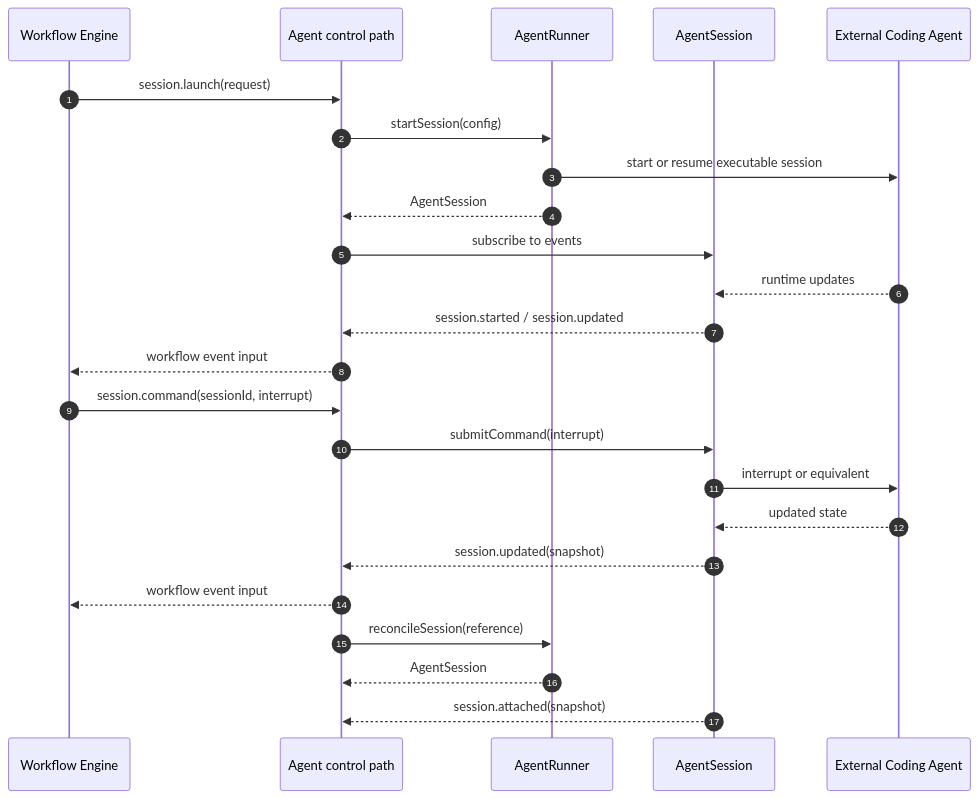
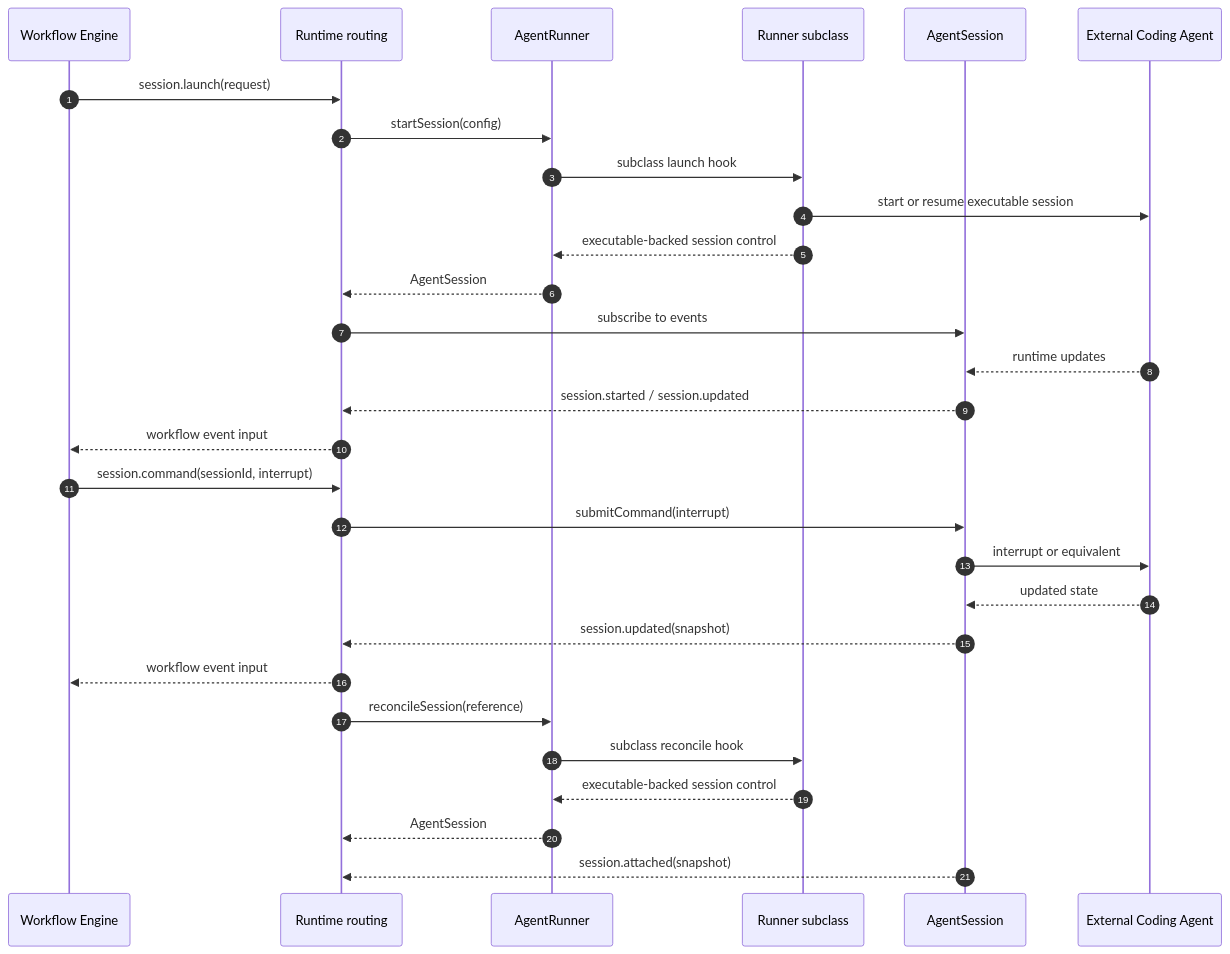
The diagram in docs/architecture/agent-runtime.md (Flying-Pillow/open-mission), drawn with Mermaid before and after one commit. The commit also changed other lines of this file and 110 other files, not shown here.

````diff
--- a/docs/architecture/agent-runtime.md
+++ b/docs/architecture/agent-runtime.md
@@ -180,29 +184,34 @@
 ```mermaid
 sequenceDiagram
 	autonumber
 	participant Engine as Workflow Engine
-	participant Control as Agent control path
+	participant Control as Runtime routing
 	participant Runner as AgentRunner
+	participant Adapter as Runner subclass
 	participant Session as AgentSession
 	participant Agent as External Coding Agent
 
 	Engine->>Control: session.launch(request)
 	Control->>Runner: startSession(config)
-	Runner->>Agent: start or resume executable session
+	Runner->>Adapter: subclass launch hook
+	Adapter->>Agent: start or resume executable session
+	Adapter-->>Runner: executable-backed session control
 	Runner-->>Control: AgentSession
 	Control->>Session: subscribe to events
 	Agent-->>Session: runtime updates
 	Session-->>Control: session.started / session.updated
 	Control-->>Engine: workflow event input
 
 	Engine->>Control: session.command(sessionId, interrupt)
 	Control->>Session: submitCommand(interrupt)
 	Session->>Agent: interrupt or equivalent
 	Agent-->>Session: updated state
 	Session-->>Control: session.updated(snapshot)
 	Control-->>Engine: workflow event input
 
 	Control->>Runner: reconcileSession(reference)
+	Runner->>Adapter: subclass reconcile hook
+	Adapter-->>Runner: executable-backed session control
 	Runner-->>Control: AgentSession
 	Session-->>Control: session.attached(snapshot)
 ```
````
